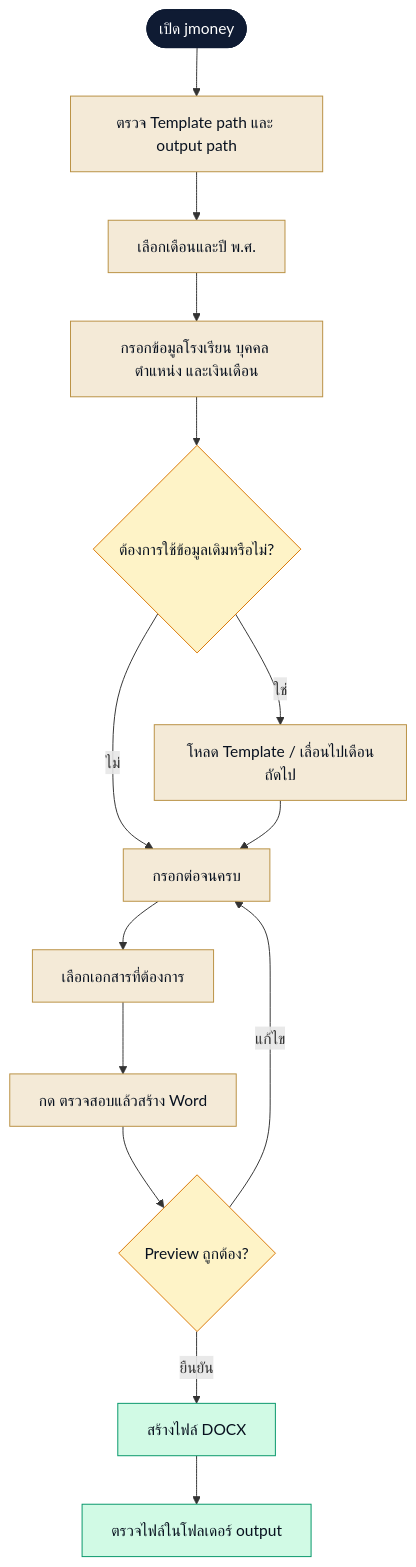
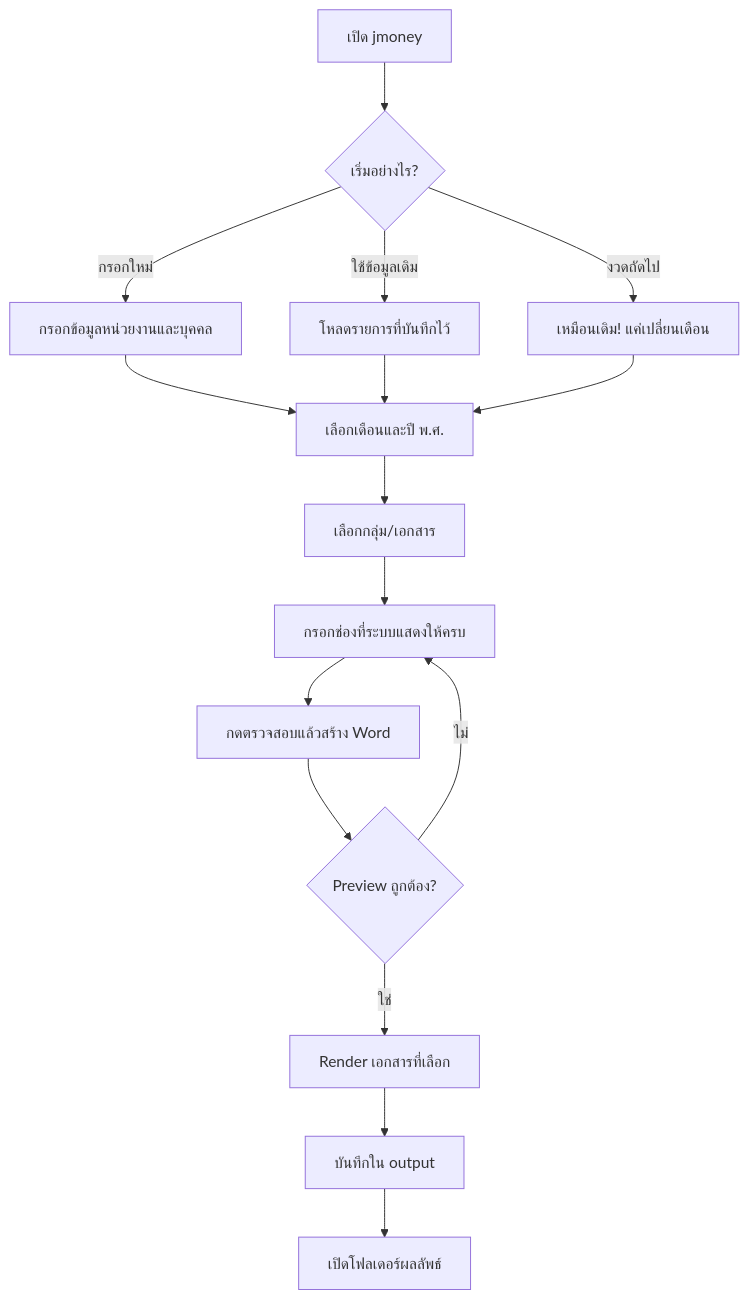
The second of 9 diagrams in README.md (RobbyGrean/jmoney), drawn with Mermaid before and after one commit. The commit also changed other lines of this file and 14 other files, not shown here.

Commit message:
release: publish jmoney 2.0 template manager

````diff
--- a/README.md
+++ b/README.md
@@ -208,25 +290,18 @@
 ```mermaid
 flowchart TD
-    S(["เปิด jmoney"]) --> P["ตรวจ Template path และ output path"]
-    P --> M["เลือกเดือนและปี พ.ศ."]
-    M --> I["กรอกข้อมูลโรงเรียน บุคคล ตำแหน่ง และเงินเดือน"]
-    I --> T{"ต้องการใช้ข้อมูลเดิมหรือไม่?"}
-    T -- "ใช่" --> L["โหลด Template / เลื่อนไปเดือนถัดไป"]
-    T -- "ไม่" --> D["กรอกต่อจนครบ"]
-    L --> D
-    D --> C["เลือกเอกสารที่ต้องการ"]
-    C --> V["กด ตรวจสอบแล้วสร้าง Word"]
+    S["เปิด jmoney"] --> P{"เริ่มอย่างไร?"}
+    P -- "กรอกใหม่" --> F["กรอกข้อมูลหน่วยงานและบุคคล"]
+    P -- "ใช้ข้อมูลเดิม" --> L["โหลดรายการที่บันทึกไว้"]
+    P -- "งวดถัดไป" --> N["เหมือนเดิม! แค่เปลี่ยนเดือน"]
+    F --> M["เลือกเดือนและปี พ.ศ."]
+    L --> M
+    N --> M
+    M --> D["เลือกกลุ่ม/เอกสาร"]
+    D --> C["กรอกช่องที่ระบบแสดงให้ครบ"]
+    C --> V["กดตรวจสอบแล้วสร้าง Word"]
     V --> Q{"Preview ถูกต้อง?"}
-    Q -- "แก้ไข" --> D
-    Q -- "ยืนยัน" --> G["สร้างไฟล์ DOCX"]
-    G --> O["ตรวจไฟล์ในโฟลเดอร์ output"]
-
-    classDef start fill:#0f1b33,stroke:#0f1b33,color:#ffffff
-    classDef action fill:#f4ead7,stroke:#b99042,color:#08111f
-    classDef decision fill:#fef3c7,stroke:#d97706,color:#08111f
-    classDef success fill:#d1fae5,stroke:#059669,color:#08111f
-    class S start
-    class P,M,I,L,D,C,V action
-    class T,Q decision
-    class G,O success
+    Q -- "ไม่" --> C
+    Q -- "ใช่" --> G["Render เอกสารที่เลือก"]
+    G --> O["บันทึกใน output"]
+    O --> R["เปิดโฟลเดอร์ผลลัพธ์"]
 ```
````
